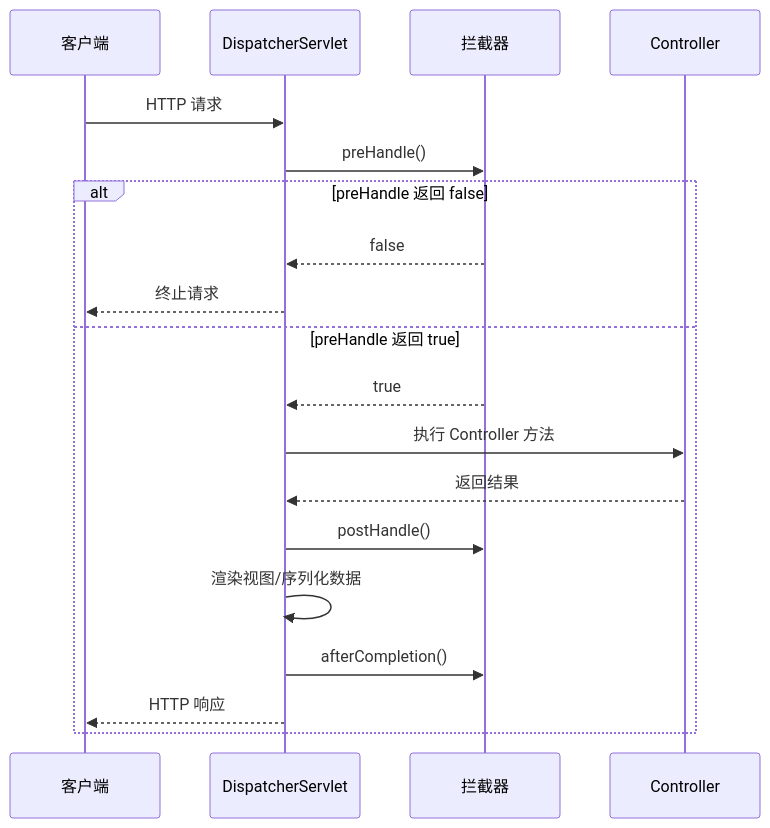
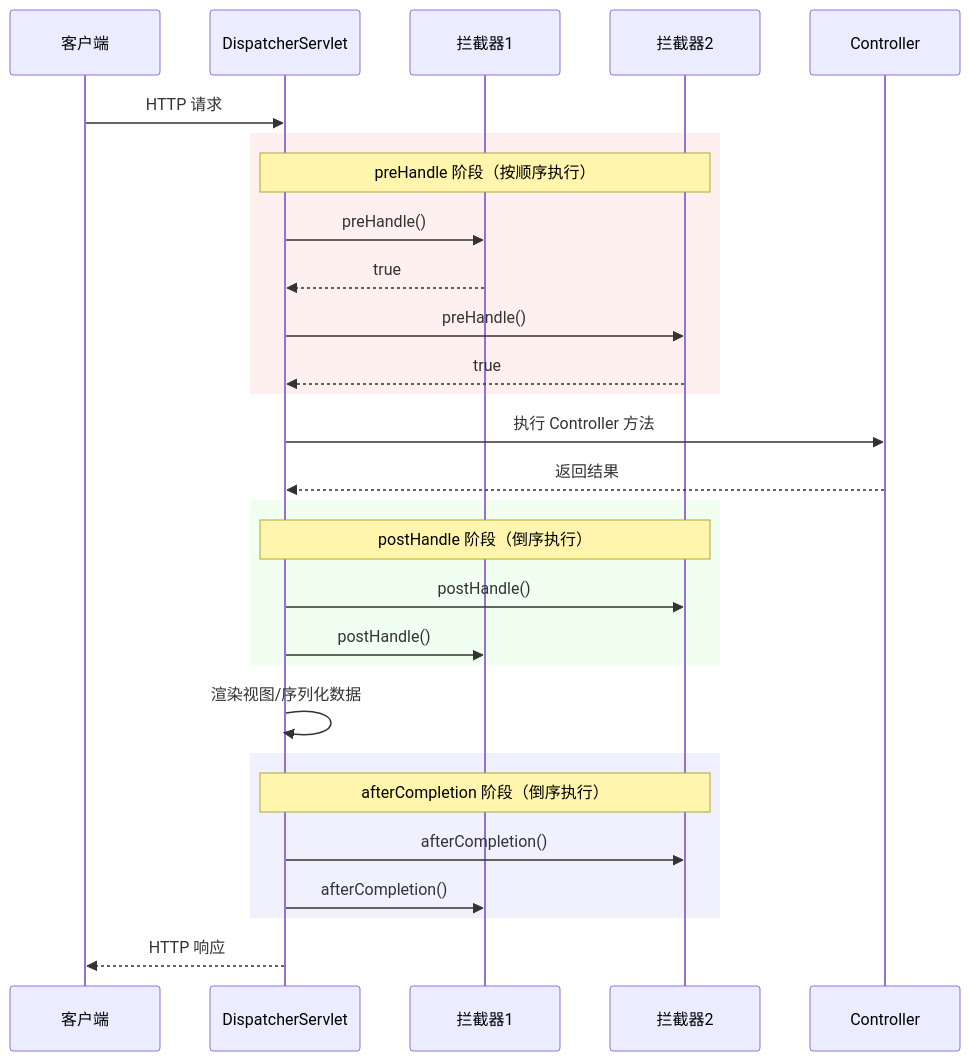
One commit to watslab/interview_doc changed the eighth of 11 diagrams in document/Spring/SpringMVC 核心原理详解.md. Above: the diagram before and after it, drawn with Mermaid. The commit also changed other lines of this file and 2 other files, not shown here.

````diff
--- a/document/Spring/SpringMVC 核心原理详解.md
+++ b/document/Spring/SpringMVC 核心原理详解.md
@@ -211,22 +539,37 @@
 ```mermaid
 sequenceDiagram
     participant Client as 客户端
     participant DS as DispatcherServlet
-    participant Interceptor as 拦截器
+    participant I1 as 拦截器1
+    participant I2 as 拦截器2
     participant Handler as Controller
     
     Client->>DS: HTTP 请求
-    DS->>Interceptor: preHandle()
-    alt preHandle 返回 false
-        Interceptor-->>DS: false
-        DS-->>Client: 终止请求
-    else preHandle 返回 true
-        Interceptor-->>DS: true
-        DS->>Handler: 执行 Controller 方法
-        Handler-->>DS: 返回结果
-        DS->>Interceptor: postHandle()
-        DS->>DS: 渲染视图/序列化数据
-        DS->>Interceptor: afterCompletion()
-        DS-->>Client: HTTP 响应
+    
+    rect rgb(255, 240, 240)
+        Note over DS, I2: preHandle 阶段（按顺序执行）
+        DS->>I1: preHandle()
+        I1-->>DS: true
+        DS->>I2: preHandle()
+        I2-->>DS: true
     end
+    
+    DS->>Handler: 执行 Controller 方法
+    Handler-->>DS: 返回结果
+    
+    rect rgb(240, 255, 240)
+        Note over DS, I2: postHandle 阶段（倒序执行）
+        DS->>I2: postHandle()
+        DS->>I1: postHandle()
+    end
+    
+    DS->>DS: 渲染视图/序列化数据
+    
+    rect rgb(240, 240, 255)
+        Note over DS, I2: afterCompletion 阶段（倒序执行）
+        DS->>I2: afterCompletion()
+        DS->>I1: afterCompletion()
+    end
+    
+    DS-->>Client: HTTP 响应
 ```
````
